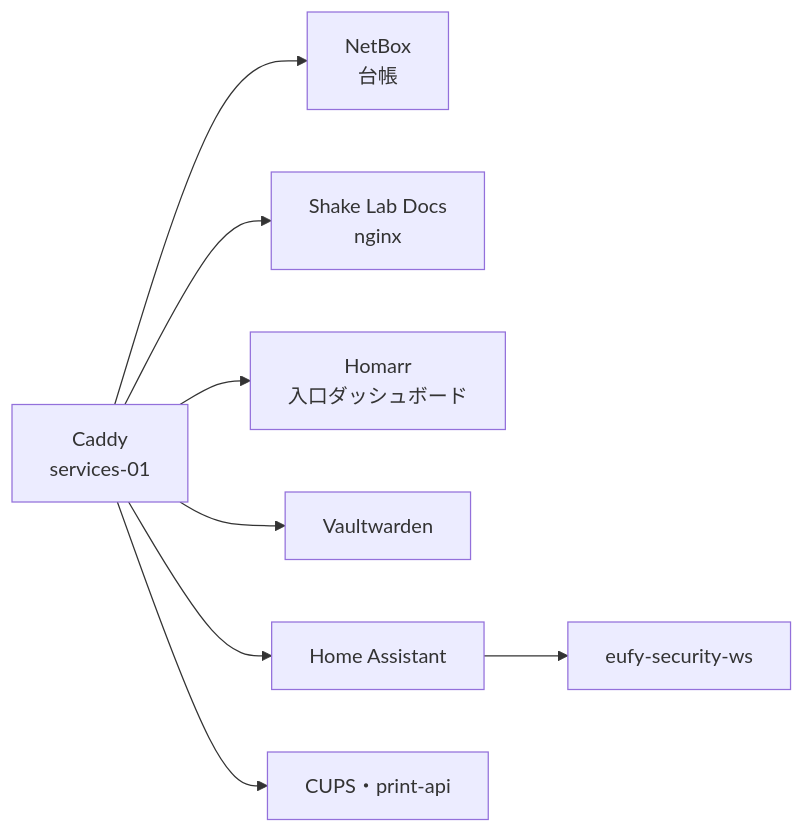
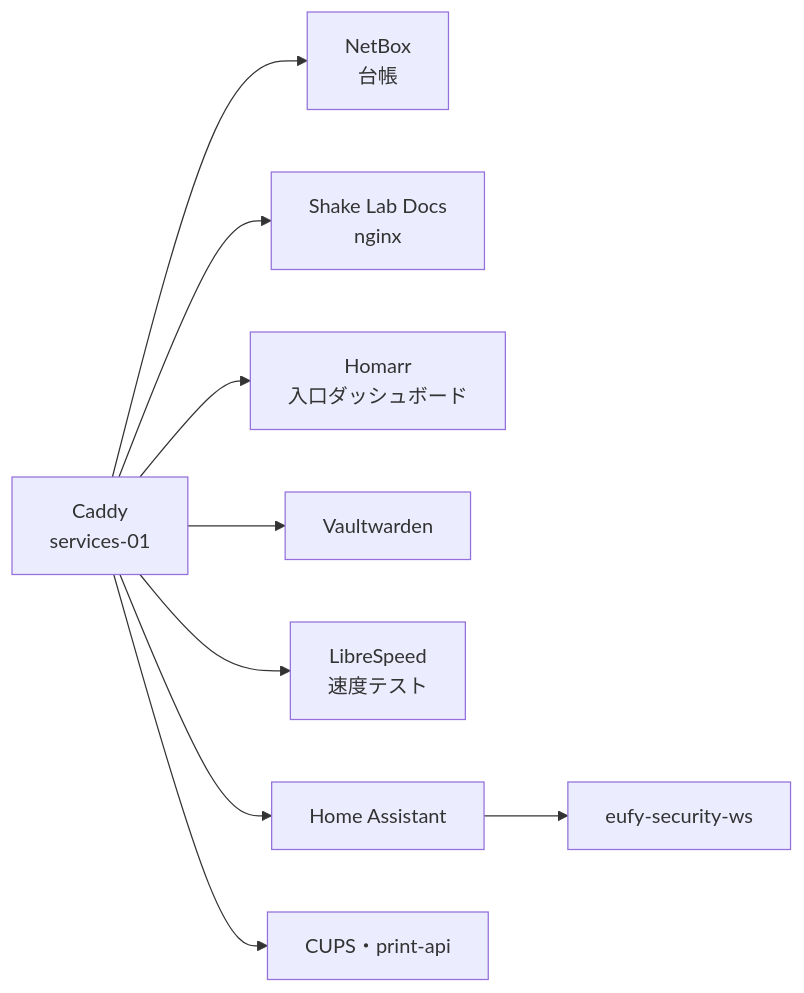
The sixth of 14 diagrams in docs/overview.md (rurutheGeek/shake-cloud), drawn with Mermaid before and after one commit. The commit also changed other lines of this file and 5 other files, not shown here.

````diff
--- a/docs/overview.md
+++ b/docs/overview.md
@@ -228,19 +228,21 @@
 ```mermaid
 flowchart LR
   caddy["Caddy<br/>services-01"]
   netbox["NetBox<br/>台帳"]
   docs["Shake Lab Docs<br/>nginx"]
   homarr["Homarr<br/>入口ダッシュボード"]
   vault["Vaultwarden"]
+  speed["LibreSpeed<br/>速度テスト"]
   ha["Home Assistant"]
   eufy["eufy-security-ws"]
   cups["CUPS・print-api"]
 
   caddy --> netbox
   caddy --> docs
   caddy --> homarr
   caddy --> vault
+  caddy --> speed
   caddy --> ha
   caddy --> cups
   ha --> eufy
 ```
````
